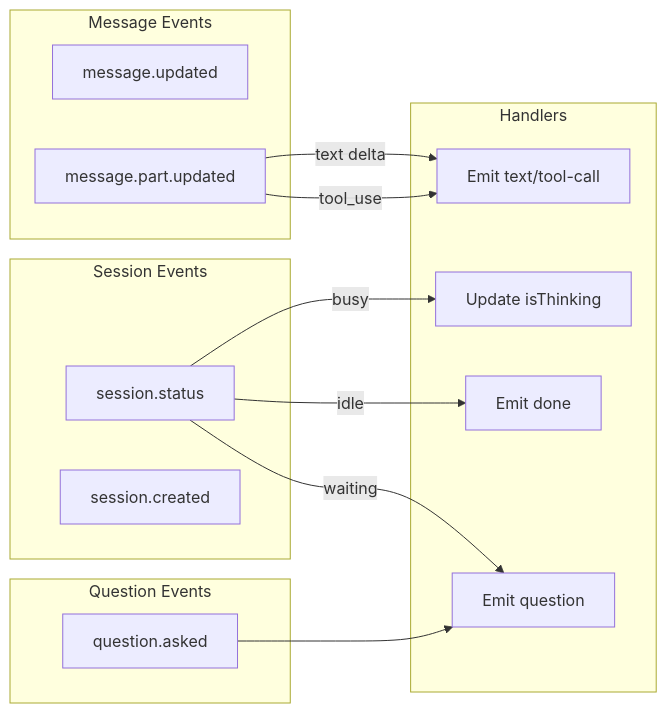
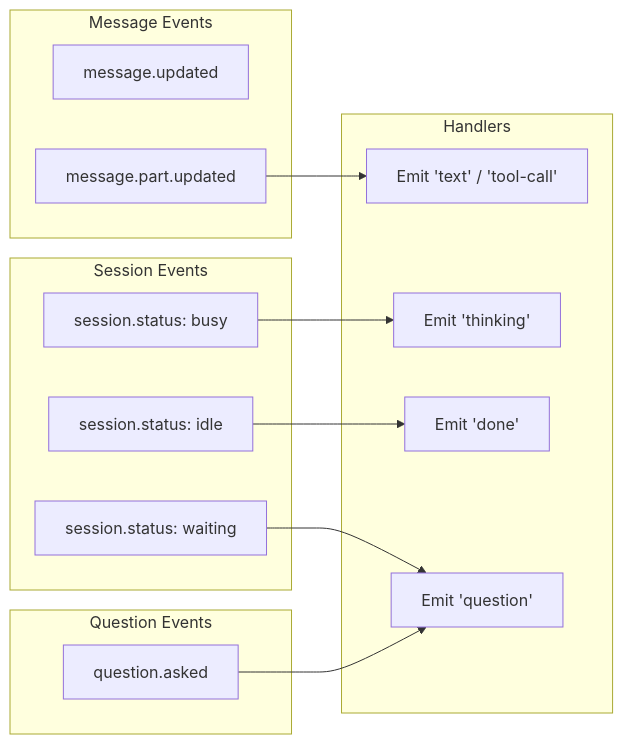
Before and after one commit to open-mercato/open-mercato: the sixth of 7 diagrams in packages/ai-assistant/README.md, drawn with Mermaid. The commit also changed other lines of this file, not shown here.

Commit message:
docs(ai-assistant): update README with current architecture and diagrams

````diff
--- a/packages/ai-assistant/README.md
+++ b/packages/ai-assistant/README.md
@@ -646,30 +312,30 @@
 ```mermaid
 graph LR
     subgraph "Session Events"
-        SE1[session.status]
-        SE2[session.created]
+        SE1[session.status: busy]
+        SE2[session.status: idle]
+        SE3[session.status: waiting]
     end
 
     subgraph "Message Events"
         ME1[message.updated]
         ME2[message.part.updated]
     end
 
     subgraph "Question Events"
         QE1[question.asked]
     end
 
     subgraph "Handlers"
-        H1[Update isThinking]
-        H2[Emit text/tool-call]
-        H3[Emit question]
-        H4[Emit done]
+        H1[Emit 'thinking']
+        H2[Emit 'text' / 'tool-call']
+        H3[Emit 'question']
+        H4[Emit 'done']
     end
 
-    SE1 -->|busy| H1
-    SE1 -->|idle| H4
-    SE1 -->|waiting| H3
-    ME2 -->|text delta| H2
-    ME2 -->|tool_use| H2
+    SE1 --> H1
+    SE2 --> H4
+    SE3 --> H3
+    ME2 --> H2
     QE1 --> H3
 ```
````
